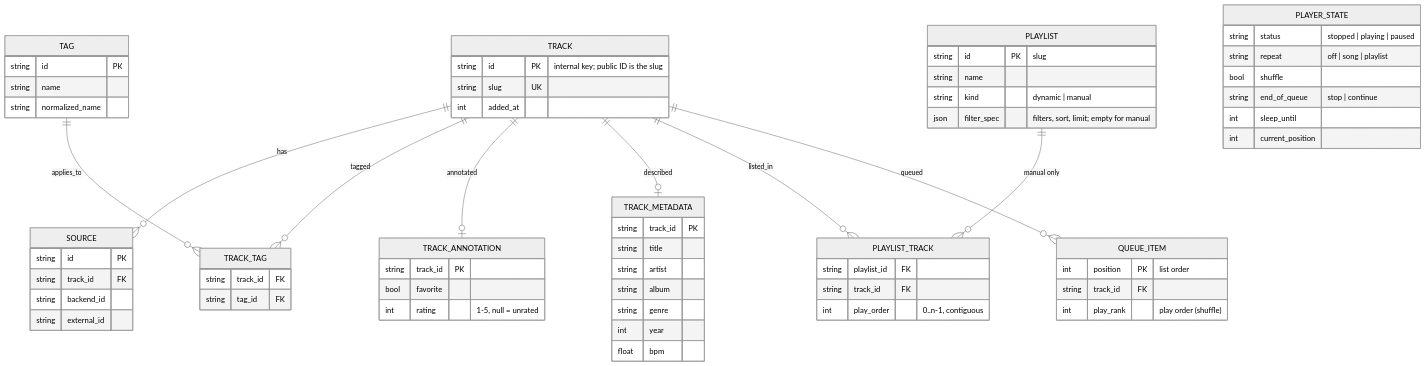
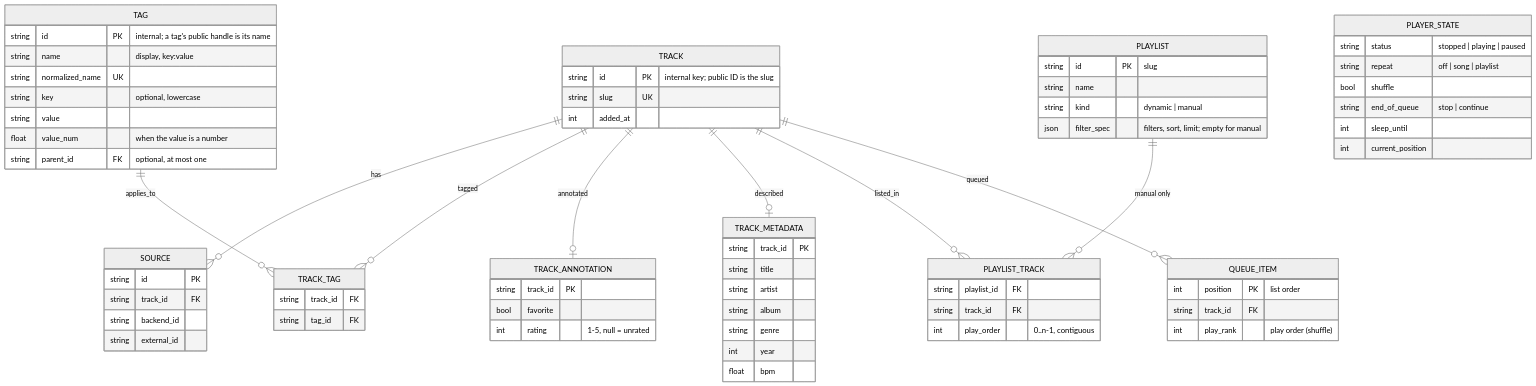
The second of 2 diagrams in goals.md (VaZark/weave), drawn with Mermaid (neutral theme) before and after one commit. The commit also changed other lines of this file and 18 other files, not shown here.

````diff
--- a/goals.md
+++ b/goals.md
@@ -104,69 +120,73 @@
 ```mermaid
 erDiagram
     TRACK ||--o{ SOURCE : has
     TRACK ||--o{ TRACK_TAG : tagged
     TAG ||--o{ TRACK_TAG : applies_to
     TRACK ||--o| TRACK_ANNOTATION : annotated
     TRACK ||--o| TRACK_METADATA : described
     PLAYLIST ||--o{ PLAYLIST_TRACK : "manual only"
     TRACK ||--o{ PLAYLIST_TRACK : listed_in
     TRACK ||--o{ QUEUE_ITEM : queued
     TRACK {
         string id PK "internal key; public ID is the slug"
         string slug UK
         int added_at
     }
     TRACK_METADATA {
         string track_id PK
         string title
         string artist
         string album
         string genre
         int year
         float bpm
     }
     TRACK_ANNOTATION {
         string track_id PK
         bool favorite
         int rating "1-5, null = unrated"
     }
     SOURCE {
         string id PK
         string track_id FK
         string backend_id
         string external_id
     }
     TAG {
-        string id PK
-        string name
-        string normalized_name
+        string id PK "internal; a tag's public handle is its name"
+        string name "display, key:value"
+        string normalized_name UK
+        string key "optional, lowercase"
+        string value
+        float value_num "when the value is a number"
+        string parent_id FK "optional, at most one"
     }
     TRACK_TAG {
         string track_id FK
         string tag_id FK
     }
     PLAYLIST {
         string id PK "slug"
         string name
         string kind "dynamic | manual"
         json filter_spec "filters, sort, limit; empty for manual"
     }
     PLAYLIST_TRACK {
         string playlist_id FK
         string track_id FK
         int play_order "0..n-1, contiguous"
     }
     QUEUE_ITEM {
         int position PK "list order"
         string track_id FK
         int play_rank "play order (shuffle)"
     }
     PLAYER_STATE {
         string status "stopped | playing | paused"
         string repeat "off | song | playlist"
         bool shuffle
         string end_of_queue "stop | continue"
         int sleep_until
         int current_position
     }
 ```
````
